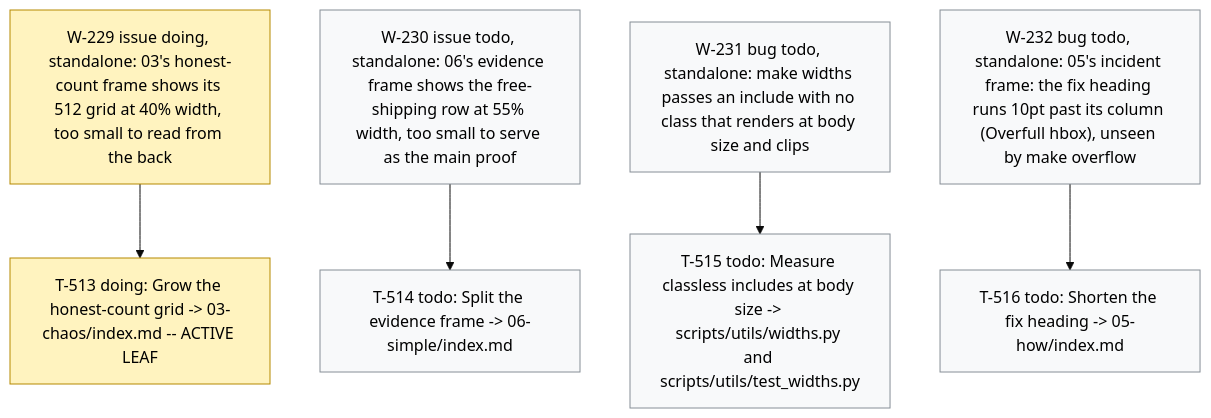
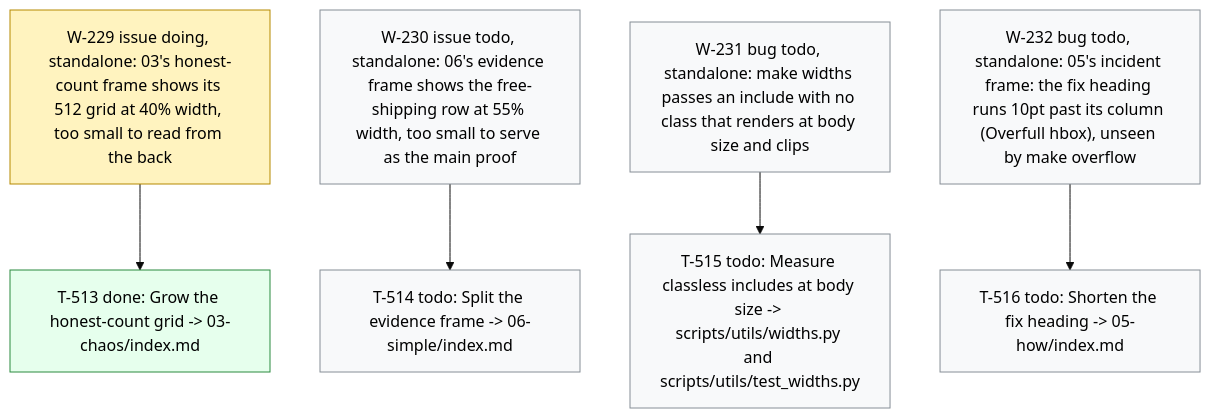
One commit to dpopchev/chaos-to-simple changed the diagram in .board/BOARD.md. Above: the diagram before and after it, drawn with Mermaid (base theme). The commit also changed other lines of this file and 1 other file, not shown here.

Commit message:
chore(board): close T-513 -- W-229 ready to land
Refs: W-229 T-513

````diff
--- a/.board/BOARD.md
+++ b/.board/BOARD.md
@@ -1363,18 +1363,19 @@
 ```mermaid
 flowchart TD
   W229["W-229 issue doing, standalone: 03's honest-count frame shows its 512 grid at 40% width, too small to read from the back"]
-  W229 --> T513["T-513 doing: Grow the honest-count grid -> 03-chaos/index.md -- ACTIVE LEAF"]
+  W229 --> T513["T-513 done: Grow the honest-count grid -> 03-chaos/index.md"]
   W230["W-230 issue todo, standalone: 06's evidence frame shows the free-shipping row at 55% width, too small to serve as the main proof"]
   W230 --> T514["T-514 todo: Split the evidence frame -> 06-simple/index.md"]
   W231["W-231 bug todo, standalone: make widths passes an include with no class that renders at body size and clips"]
   W231 --> T515["T-515 todo: Measure classless includes at body size -> scripts/utils/widths.py and scripts/utils/test_widths.py"]
   W232["W-232 bug todo, standalone: 05's incident frame: the fix heading runs 10pt past its column (Overfull hbox), unseen by make overflow"]
   W232 --> T516["T-516 todo: Shorten the fix heading -> 05-how/index.md"]
   classDef doing fill:#fff3bf,stroke:#b58900,color:#000;
   classDef blocked fill:#ffe3e3,stroke:#c92a2a,color:#000;
   classDef done fill:#e6ffed,stroke:#2b8a3e,color:#000;
   classDef todo fill:#f8f9fa,stroke:#868e96,color:#000;
   classDef pruned fill:#f1f3f5,stroke:#adb5bd,color:#000;
-  class W229,T513 doing
+  class W229 doing
+  class T513 done
   class W230,T514,W231,T515,W232,T516 todo
 ```
````
